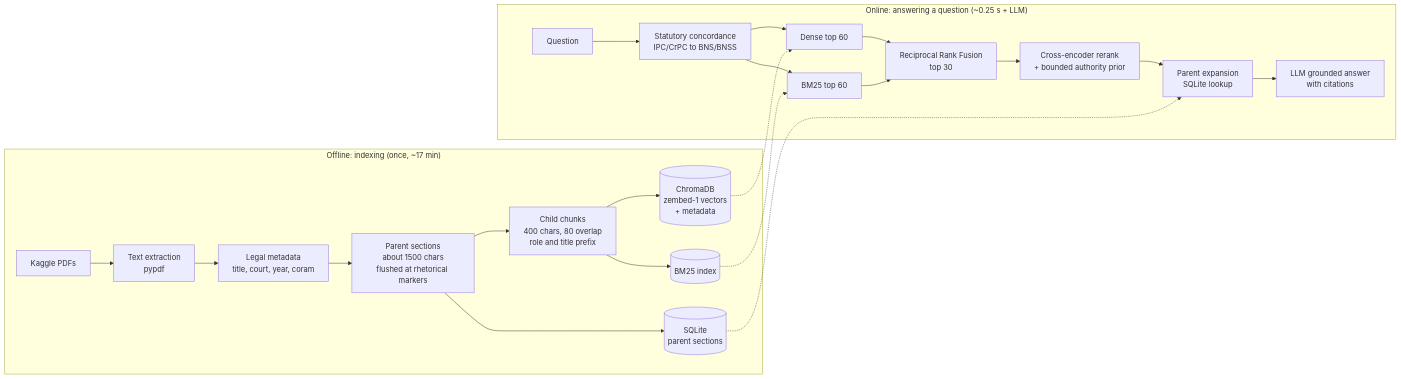
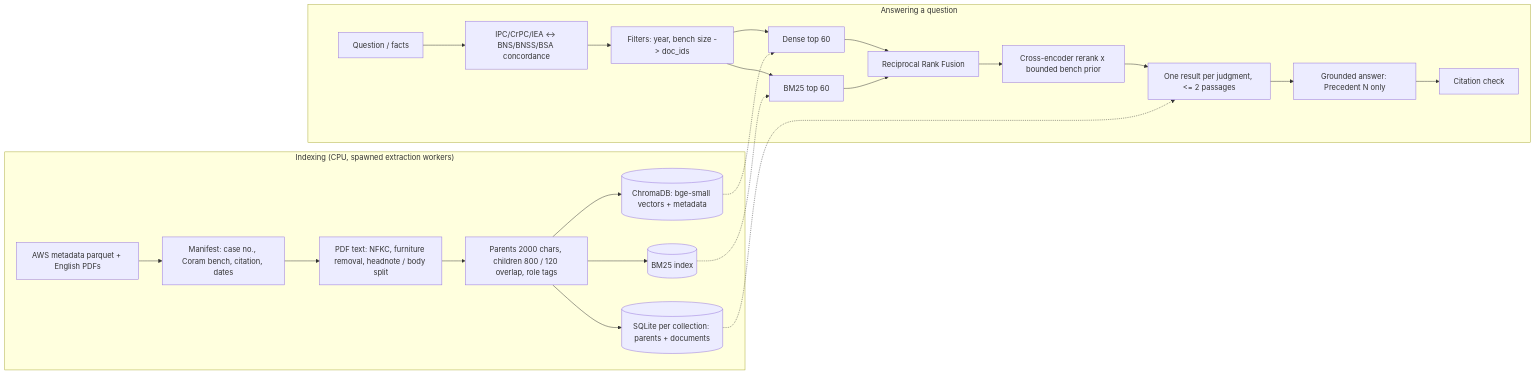
The diagram in README.md (Aditya-Kayasth/Major-Project), drawn with Mermaid before and after one commit. The commit also changed other lines of this file and 8 other files, not shown here.

Commit message:
phase 7 prep: judgment-card UI (chips, passages, filters, timing line, low-confidence + citation badges), Evaluation page (plain SVG from /api/results), run_demo_queries.py + demo_queries.json, DATA_CARD, README skeleton

````diff
--- a/README.md
+++ b/README.md
@@ -53,25 +36,25 @@
 ```mermaid
 flowchart LR
-    subgraph Offline["Offline: indexing (once, ~17 min)"]
-        A[Kaggle PDFs] --> B[Text extraction<br/>pypdf]
-        B --> C[Legal metadata<br/>title, court, year, coram]
-        C --> D[Parent sections<br/>about 1500 chars<br/>flushed at rhetorical markers]
-        D --> E[Child chunks<br/>400 chars, 80 overlap<br/>role and title prefix]
-        E --> F[(ChromaDB<br/>zembed-1 vectors<br/>+ metadata)]
-        E --> G[(BM25 index)]
-        D --> H[(SQLite<br/>parent sections)]
+    subgraph Offline["Indexing (CPU, spawned extraction workers)"]
+        A[AWS metadata parquet + English PDFs] --> B[Manifest: case no., Coram bench, citation, dates]
+        B --> C[PDF text: NFKC, furniture removal, headnote / body split]
+        C --> D[Parents 2000 chars, children 800 / 120 overlap, role tags]
+        D --> E[(ChromaDB: bge-small vectors + metadata)]
+        D --> F[(BM25 index)]
+        D --> G[(SQLite per collection: parents + documents)]
     end
-    subgraph Online["Online: answering a question (~0.25 s + LLM)"]
-        Q[Question] --> X[Statutory concordance<br/>IPC/CrPC to BNS/BNSS]
-        X --> R1[Dense top 60]
-        X --> R2[BM25 top 60]
-        R1 --> RRF[Reciprocal Rank Fusion<br/>top 30]
+    subgraph Online["Answering a question"]
+        Q[Question / facts] --> X[IPC/CrPC/IEA <-> BNS/BNSS/BSA concordance]
+        X --> FL[Filters: year, bench size -> doc_ids]
+        FL --> R1[Dense top 60]
+        FL --> R2[BM25 top 60]
+        R1 --> RRF[Reciprocal Rank Fusion]
         R2 --> RRF
-        RRF --> CE[Cross-encoder rerank<br/>+ bounded authority prior]
-        CE --> P[Parent expansion<br/>SQLite lookup]
-        P --> L[LLM grounded answer<br/>with citations]
+        RRF --> CE[Cross-encoder rerank x bounded bench prior]
+        CE --> J[One result per judgment, <= 2 passages]
+        J --> L[Grounded answer: Precedent N only] --> CC[Citation check]
     end
-    F -.-> R1
-    G -.-> R2
-    H -.-> P
+    E -.-> R1
+    F -.-> R2
+    G -.-> J
 ```
````
